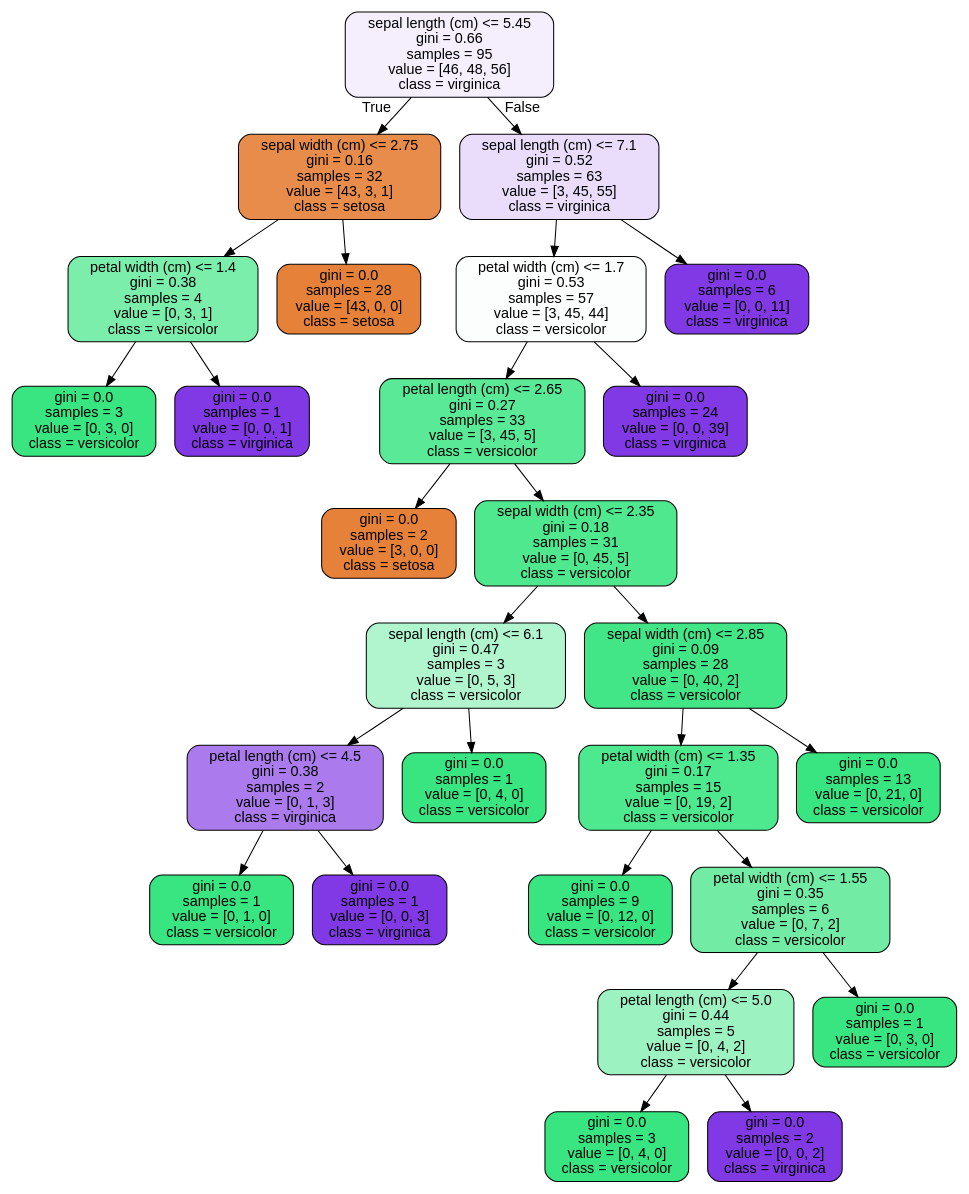
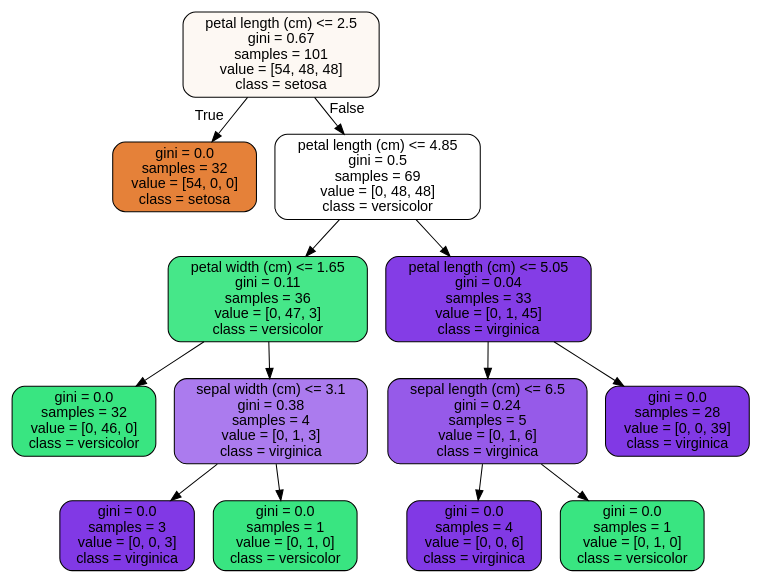
The diagram in RandomForest_covid_case_study/tree.dot (mattfeller/springboard), drawn with Graphviz before and after one commit. The commit also changed 2 other files, not shown here.

```diff
--- a/RandomForest_covid_case_study/tree.dot
+++ b/RandomForest_covid_case_study/tree.dot
@@ -1,57 +1,29 @@
 digraph Tree {
 node [shape=box, style="filled, rounded", color="black", fontname="helvetica"] ;
 edge [fontname="helvetica"] ;
-0 [label="sepal length (cm) <= 5.45\ngini = 0.66\nsamples = 95\nvalue = [46, 48, 56]\nclass = virginica", fillcolor="#f5effd"] ;
-1 [label="sepal width (cm) <= 2.75\ngini = 0.16\nsamples = 32\nvalue = [43, 3, 1]\nclass = setosa", fillcolor="#e78c4b"] ;
+0 [label="petal length (cm) <= 2.5\ngini = 0.67\nsamples = 101\nvalue = [54, 48, 48]\nclass = setosa", fillcolor="#fdf8f3"] ;
+1 [label="gini = 0.0\nsamples = 32\nvalue = [54, 0, 0]\nclass = setosa", fillcolor="#e58139"] ;
 0 -> 1 [labeldistance=2.5, labelangle=45, headlabel="True"] ;
-2 [label="petal width (cm) <= 1.4\ngini = 0.38\nsamples = 4\nvalue = [0, 3, 1]\nclass = versicolor", fillcolor="#7beeab"] ;
-1 -> 2 ;
-3 [label="gini = 0.0\nsamples = 3\nvalue = [0, 3, 0]\nclass = versicolor", fillcolor="#39e581"] ;
+2 [label="petal length (cm) <= 4.85\ngini = 0.5\nsamples = 69\nvalue = [0, 48, 48]\nclass = versicolor", fillcolor="#ffffff"] ;
+0 -> 2 [labeldistance=2.5, labelangle=-45, headlabel="False"] ;
+3 [label="petal width (cm) <= 1.65\ngini = 0.11\nsamples = 36\nvalue = [0, 47, 3]\nclass = versicolor", fillcolor="#46e789"] ;
 2 -> 3 ;
-4 [label="gini = 0.0\nsamples = 1\nvalue = [0, 0, 1]\nclass = virginica", fillcolor="#8139e5"] ;
-2 -> 4 ;
-5 [label="gini = 0.0\nsamples = 28\nvalue = [43, 0, 0]\nclass = setosa", fillcolor="#e58139"] ;
-1 -> 5 ;
-6 [label="sepal length (cm) <= 7.1\ngini = 0.52\nsamples = 63\nvalue = [3, 45, 55]\nclass = virginica", fillcolor="#e9ddfb"] ;
-0 -> 6 [labeldistance=2.5, labelangle=-45, headlabel="False"] ;
-7 [label="petal width (cm) <= 1.7\ngini = 0.53\nsamples = 57\nvalue = [3, 45, 44]\nclass = versicolor", fillcolor="#fbfefc"] ;
-6 -> 7 ;
-8 [label="petal length (cm) <= 2.65\ngini = 0.27\nsamples = 33\nvalue = [3, 45, 5]\nclass = versicolor", fillcolor="#5ae996"] ;
-7 -> 8 ;
-9 [label="gini = 0.0\nsamples = 2\nvalue = [3, 0, 0]\nclass = setosa", fillcolor="#e58139"] ;
+4 [label="gini = 0.0\nsamples = 32\nvalue = [0, 46, 0]\nclass = versicolor", fillcolor="#39e581"] ;
+3 -> 4 ;
+5 [label="sepal width (cm) <= 3.1\ngini = 0.38\nsamples = 4\nvalue = [0, 1, 3]\nclass = virginica", fillcolor="#ab7bee"] ;
+3 -> 5 ;
+6 [label="gini = 0.0\nsamples = 3\nvalue = [0, 0, 3]\nclass = virginica", fillcolor="#8139e5"] ;
+5 -> 6 ;
+7 [label="gini = 0.0\nsamples = 1\nvalue = [0, 1, 0]\nclass = versicolor", fillcolor="#39e581"] ;
+5 -> 7 ;
+8 [label="petal length (cm) <= 5.05\ngini = 0.04\nsamples = 33\nvalue = [0, 1, 45]\nclass = virginica", fillcolor="#843de6"] ;
+2 -> 8 ;
+9 [label="sepal length (cm) <= 6.5\ngini = 0.24\nsamples = 5\nvalue = [0, 1, 6]\nclass = virginica", fillcolor="#965ae9"] ;
 8 -> 9 ;
-10 [label="sepal width (cm) <= 2.35\ngini = 0.18\nsamples = 31\nvalue = [0, 45, 5]\nclass = versicolor", fillcolor="#4fe88f"] ;
-8 -> 10 ;
-11 [label="sepal length (cm) <= 6.1\ngini = 0.47\nsamples = 3\nvalue = [0, 5, 3]\nclass = versicolor", fillcolor="#b0f5cd"] ;
-10 -> 11 ;
-12 [label="petal length (cm) <= 4.5\ngini = 0.38\nsamples = 2\nvalue = [0, 1, 3]\nclass = virginica", fillcolor="#ab7bee"] ;
-11 -> 12 ;
-13 [label="gini = 0.0\nsamples = 1\nvalue = [0, 1, 0]\nclass = versicolor", fillcolor="#39e581"] ;
-12 -> 13 ;
-14 [label="gini = 0.0\nsamples = 1\nvalue = [0, 0, 3]\nclass = virginica", fillcolor="#8139e5"] ;
-12 -> 14 ;
-15 [label="gini = 0.0\nsamples = 1\nvalue = [0, 4, 0]\nclass = versicolor", fillcolor="#39e581"] ;
-11 -> 15 ;
-16 [label="sepal width (cm) <= 2.85\ngini = 0.09\nsamples = 28\nvalue = [0, 40, 2]\nclass = versicolor", fillcolor="#43e687"] ;
-10 -> 16 ;
-17 [label="petal width (cm) <= 1.35\ngini = 0.17\nsamples = 15\nvalue = [0, 19, 2]\nclass = versicolor", fillcolor="#4ee88e"] ;
-16 -> 17 ;
-18 [label="gini = 0.0\nsamples = 9\nvalue = [0, 12, 0]\nclass = versicolor", fillcolor="#39e581"] ;
-17 -> 18 ;
-19 [label="petal width (cm) <= 1.55\ngini = 0.35\nsamples = 6\nvalue = [0, 7, 2]\nclass = versicolor", fillcolor="#72eca5"] ;
-17 -> 19 ;
-20 [label="petal length (cm) <= 5.0\ngini = 0.44\nsamples = 5\nvalue = [0, 4, 2]\nclass = versicolor", fillcolor="#9cf2c0"] ;
-19 -> 20 ;
-21 [label="gini = 0.0\nsamples = 3\nvalue = [0, 4, 0]\nclass = versicolor", fillcolor="#39e581"] ;
-20 -> 21 ;
-22 [label="gini = 0.0\nsamples = 2\nvalue = [0, 0, 2]\nclass = virginica", fillcolor="#8139e5"] ;
-20 -> 22 ;
-23 [label="gini = 0.0\nsamples = 1\nvalue = [0, 3, 0]\nclass = versicolor", fillcolor="#39e581"] ;
-19 -> 23 ;
-24 [label="gini = 0.0\nsamples = 13\nvalue = [0, 21, 0]\nclass = versicolor", fillcolor="#39e581"] ;
-16 -> 24 ;
-25 [label="gini = 0.0\nsamples = 24\nvalue = [0, 0, 39]\nclass = virginica", fillcolor="#8139e5"] ;
-7 -> 25 ;
-26 [label="gini = 0.0\nsamples = 6\nvalue = [0, 0, 11]\nclass = virginica", fillcolor="#8139e5"] ;
-6 -> 26 ;
+10 [label="gini = 0.0\nsamples = 4\nvalue = [0, 0, 6]\nclass = virginica", fillcolor="#8139e5"] ;
+9 -> 10 ;
+11 [label="gini = 0.0\nsamples = 1\nvalue = [0, 1, 0]\nclass = versicolor", fillcolor="#39e581"] ;
+9 -> 11 ;
+12 [label="gini = 0.0\nsamples = 28\nvalue = [0, 0, 39]\nclass = virginica", fillcolor="#8139e5"] ;
+8 -> 12 ;
 }
```
